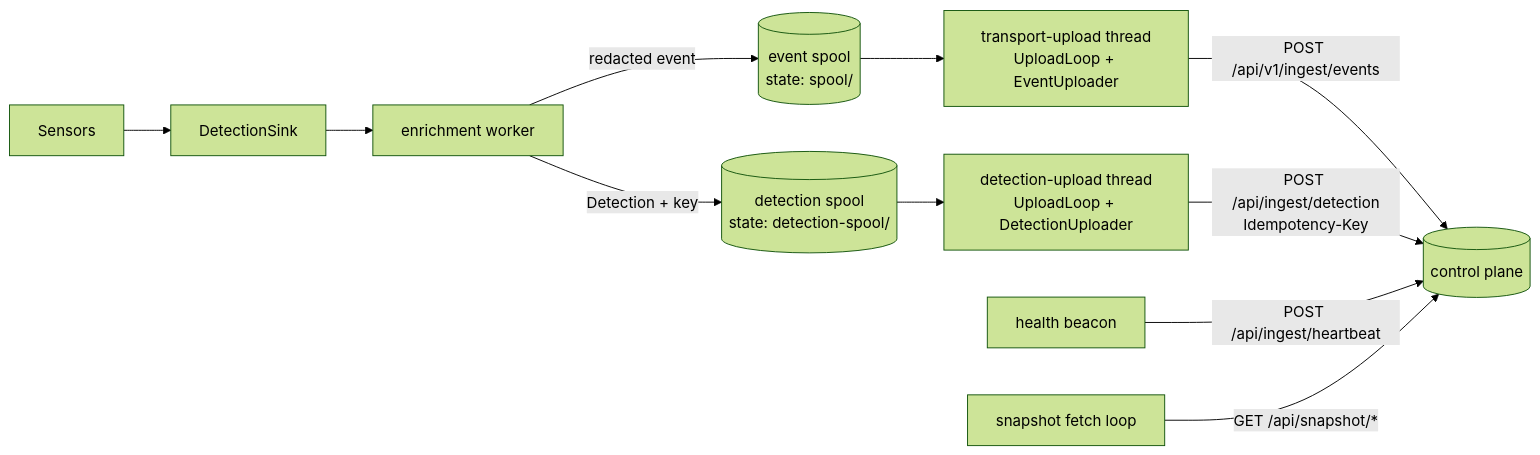
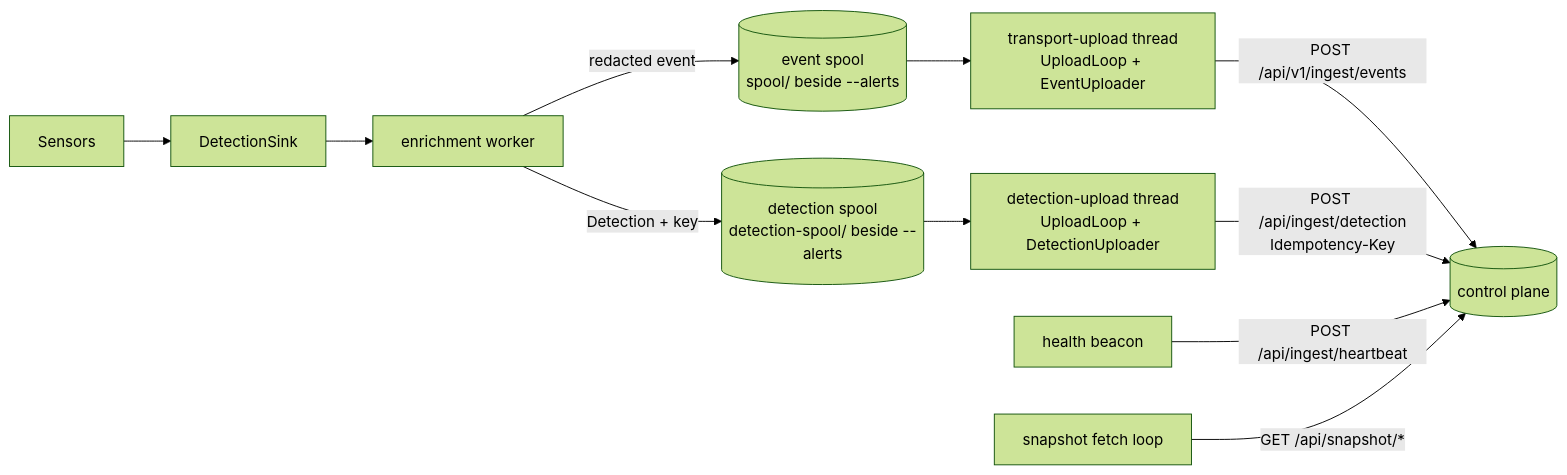
Before and after one commit to synthaea-lab/agent: the first of 2 diagrams in docs/transport.md, drawn with Mermaid (forest theme). The commit also changed other lines of this file and 3 other files, not shown here.

````diff
--- a/docs/transport.md
+++ b/docs/transport.md
@@ -37,13 +37,13 @@
 ```mermaid
 flowchart LR
   S[Sensors] --> DS[DetectionSink]
   DS --> EW[enrichment worker]
-  EW -->|redacted event| ES[(event spool<br/>state: spool/)]
-  EW -->|Detection + key| DSP[(detection spool<br/>state: detection-spool/)]
+  EW -->|redacted event| ES[(event spool<br/>spool/ beside --alerts)]
+  EW -->|Detection + key| DSP[(detection spool<br/>detection-spool/ beside --alerts)]
   ES --> UL1[transport-upload thread<br/>UploadLoop + EventUploader]
   DSP --> UL2[detection-upload thread<br/>UploadLoop + DetectionUploader]
   UL1 -->|POST /api/v1/ingest/events| CP[(control plane)]
   UL2 -->|POST /api/ingest/detection<br/>Idempotency-Key| CP
   HB[health beacon] -->|POST /api/ingest/heartbeat| CP
   SF[snapshot fetch loop] -->|GET /api/snapshot/*| CP
 ```
````
